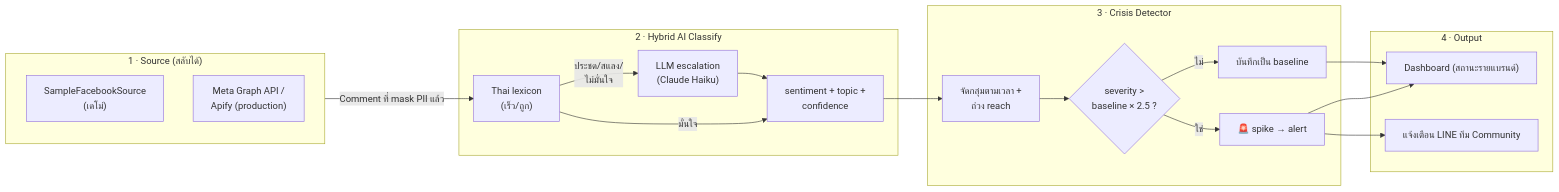
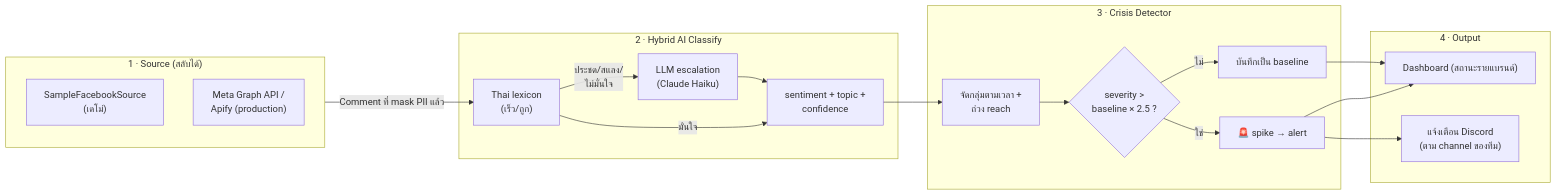
One commit to Shiberger/crisis-radar changed the first of 3 diagrams in docs/3_workflow_diagram.md. Above: the diagram before and after it, drawn with Mermaid. The commit also changed other lines of this file and 18 other files, not shown here.

````diff
--- a/docs/3_workflow_diagram.md
+++ b/docs/3_workflow_diagram.md
@@ -4,29 +4,29 @@
 ```mermaid
 flowchart LR
     subgraph SRC["1 · Source (สลับได้)"]
       A1["SampleFacebookSource<br/>(เดโม่)"]
       A2["Meta Graph API /<br/>Apify (production)"]
     end
     SRC -->|"Comment ที่ mask PII แล้ว"| B
 
     subgraph AI["2 · Hybrid AI Classify"]
       B["Thai lexicon<br/>(เร็ว/ถูก)"] -->|"มั่นใจ"| D
       B -->|"ประชด/สแลง/<br/>ไม่มั่นใจ"| C["LLM escalation<br/>(Claude Haiku)"]
       C --> D["sentiment + topic +<br/>confidence"]
     end
 
     D --> E
 
     subgraph CR["3 · Crisis Detector"]
       E["จัดกลุ่มตามเวลา +<br/>ถ่วง reach"] --> F{"severity ><br/>baseline × 2.5 ?"}
       F -->|ใช่| G["🚨 spike → alert"]
       F -->|ไม่| H["บันทึกเป็น baseline"]
     end
 
     G --> I
     H --> I
     subgraph OUT["4 · Output"]
       I["Dashboard (สถานะรายแบรนด์)"]
-      G --> J["แจ้งเตือน LINE ทีม Community"]
+      G --> J["แจ้งเตือน Discord<br/>(ตาม channel ของทีม)"]
     end
 ```
````
